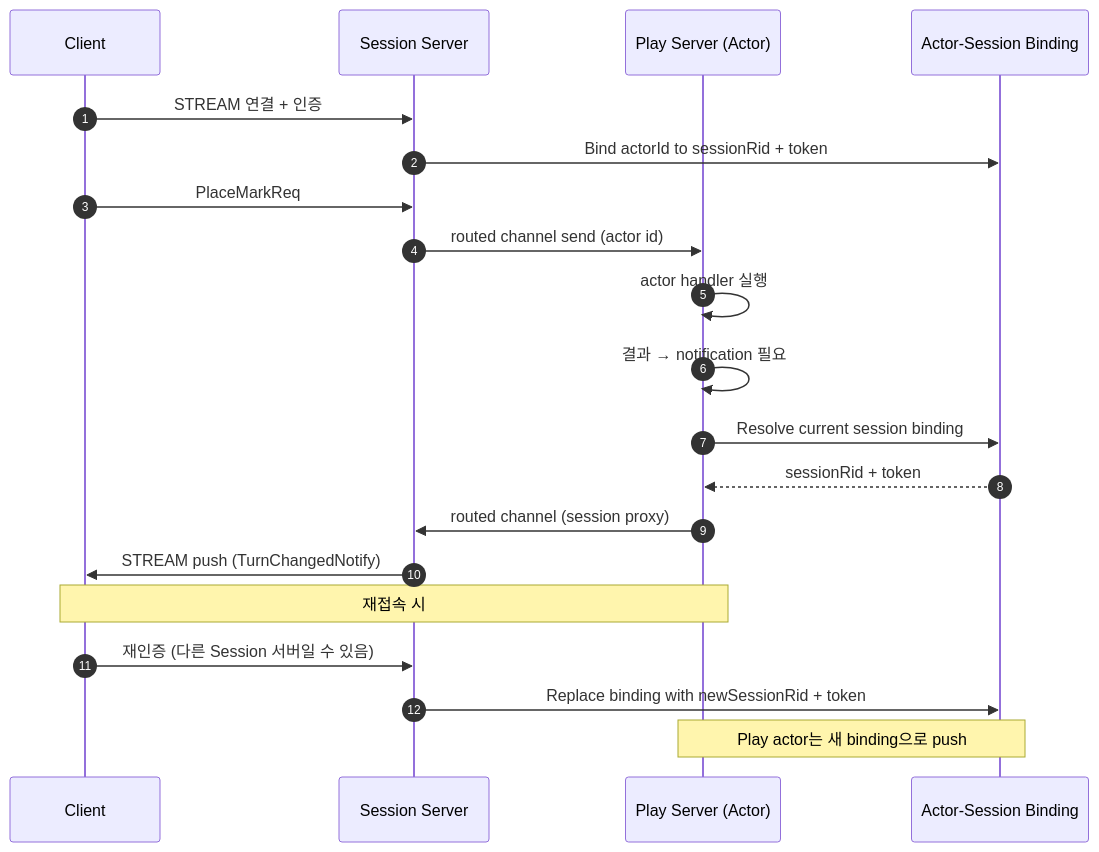
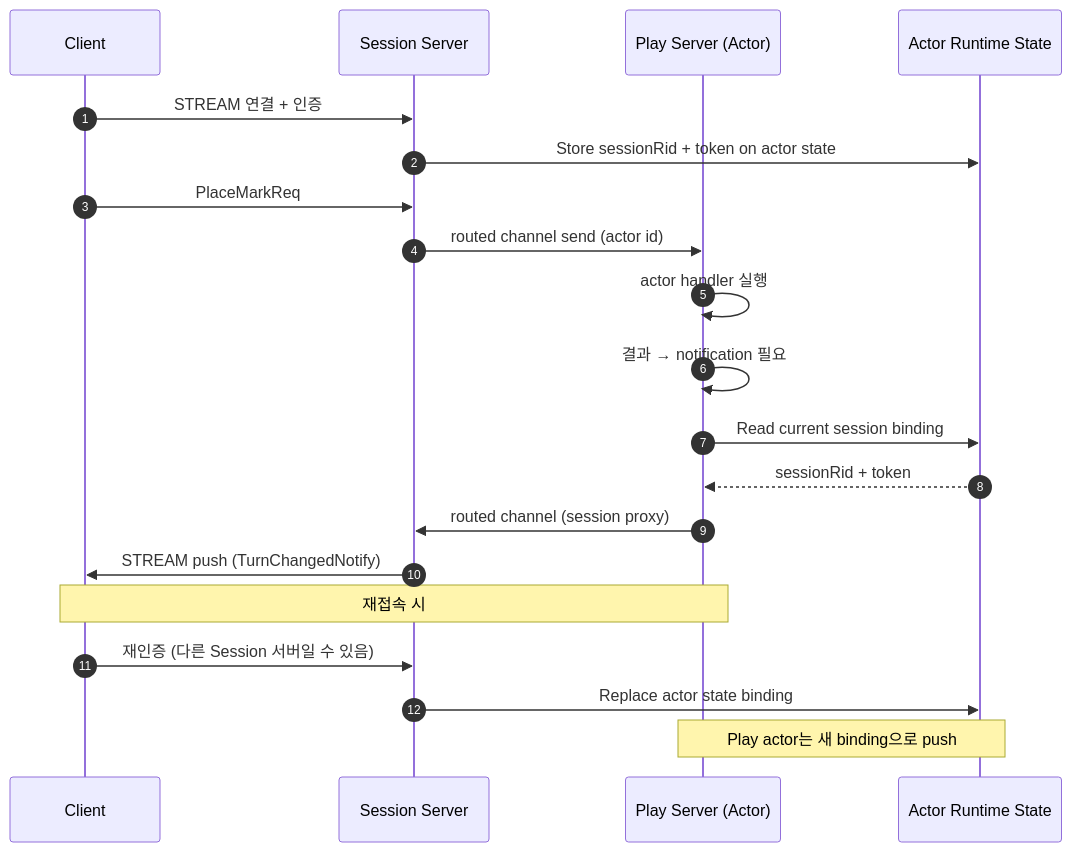
One commit to kairos-code-dev/zlink changed the third of 3 diagrams in framework/languages/dotnet/doc/spec/aspnet-core-actor.ko.md. Above: the diagram before and after it, drawn with Mermaid. The commit also changed other lines of this file and 232 other files, not shown here.

````diff
--- a/framework/languages/dotnet/doc/spec/aspnet-core-actor.ko.md
+++ b/framework/languages/dotnet/doc/spec/aspnet-core-actor.ko.md
@@ -846,25 +848,25 @@
 ```mermaid
 sequenceDiagram
     autonumber
     participant C as Client
     participant S as Session Server
     participant P as Play Server (Actor)
-    participant B as Actor-Session Binding
+    participant B as Actor Runtime State
 
     C->>S: STREAM 연결 + 인증
-    S->>B: Bind actorId to sessionRid + token
+    S->>B: Store sessionRid + token on actor state
 
     C->>S: PlaceMarkReq
     S->>P: routed channel send (actor id)
     P->>P: actor handler 실행
     P->>P: 결과 → notification 필요
-    P->>B: Resolve current session binding
+    P->>B: Read current session binding
     B-->>P: sessionRid + token
     P->>S: routed channel (session proxy)
     S->>C: STREAM push (TurnChangedNotify)
 
     Note over C,P: 재접속 시
     C->>S: 재인증 (다른 Session 서버일 수 있음)
-    S->>B: Replace binding with newSessionRid + token
+    S->>B: Replace actor state binding
     Note over P,B: Play actor는 새 binding으로 push
 ```
````
